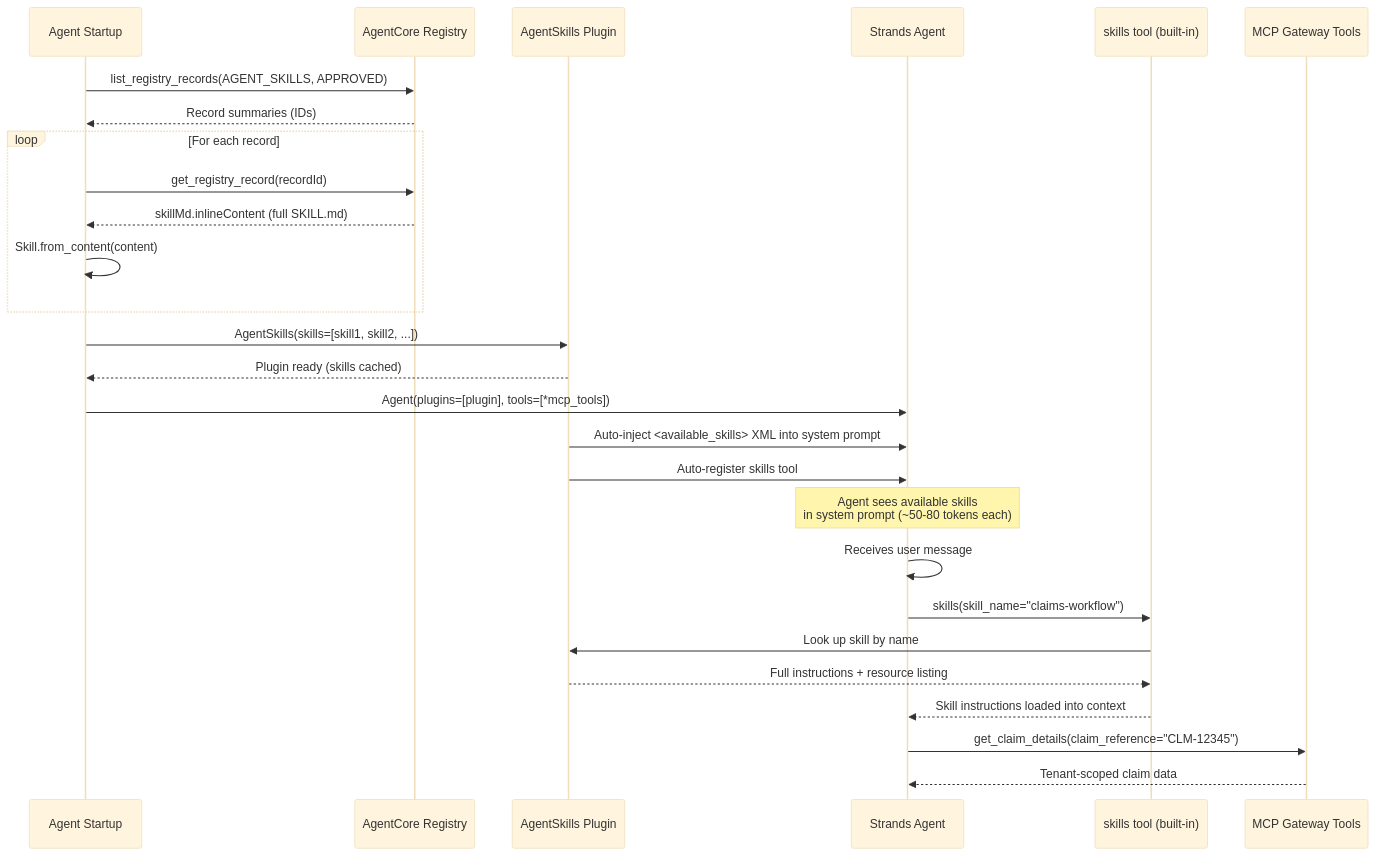
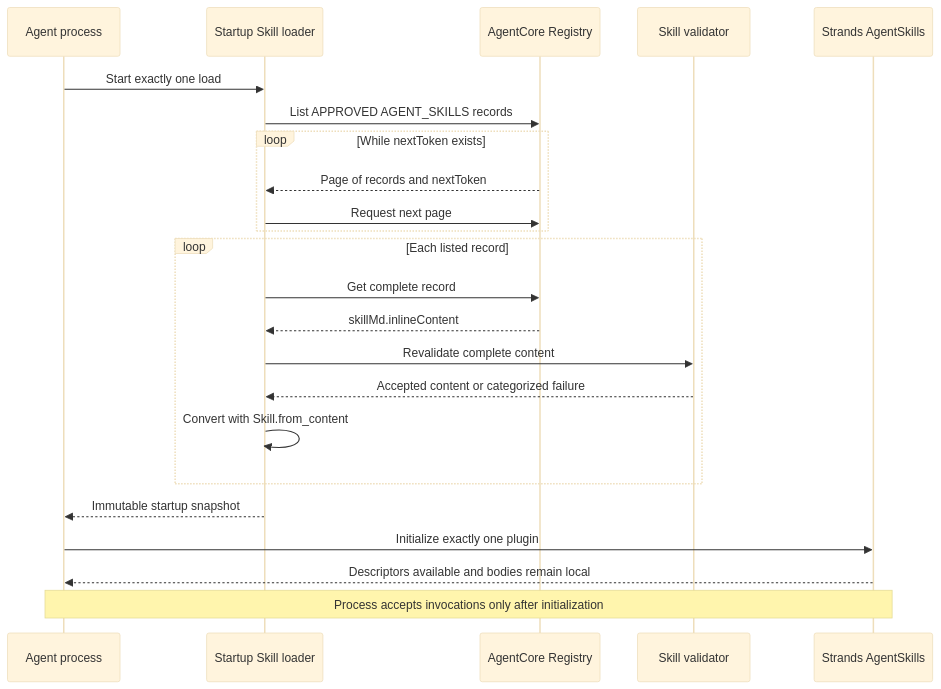
The second of 3 diagrams in .kiro/specs/dynamic-skills-system/design.md (rajanbhave/sage-ai-assistant), drawn with Mermaid (base theme) before and after one commit. The commit also changed other lines of this file and 64 other files, not shown here.

````diff
--- a/.kiro/specs/dynamic-skills-system/design.md
+++ b/.kiro/specs/dynamic-skills-system/design.md
@@ -33,36 +65,26 @@
 ```mermaid
-%%{init: {"sequence": {"useMaxWidth": false}}}%%
 sequenceDiagram
-    participant Startup as Agent Startup
+    participant Process as Agent process
+    participant Loader as Startup Skill loader
     participant Registry as AgentCore Registry
-    participant Plugin as AgentSkills Plugin
-    participant Agent as Strands Agent
-    participant SkillsTool as skills tool (built-in)
-    participant MCP as MCP Gateway Tools
+    participant Validator as Skill validator
+    participant Strands as Strands AgentSkills
 
-    Startup->>Registry: list_registry_records(AGENT_SKILLS, APPROVED)
-    Registry-->>Startup: Record summaries (IDs)
-    loop For each record
-        Startup->>Registry: get_registry_record(recordId)
-        Registry-->>Startup: skillMd.inlineContent (full SKILL.md)
-        Startup->>Startup: Skill.from_content(content)
+    Process->>Loader: Start exactly one load
+    Loader->>Registry: List APPROVED AGENT_SKILLS records
+    loop While nextToken exists
+        Registry-->>Loader: Page of records and nextToken
+        Loader->>Registry: Request next page
     end
-
-    Startup->>Plugin: AgentSkills(skills=[skill1, skill2, ...])
-    Plugin-->>Startup: Plugin ready (skills cached)
-
-    Startup->>Agent: Agent(plugins=[plugin], tools=[*mcp_tools])
-    Plugin->>Agent: Auto-inject <available_skills> XML into system prompt
-    Plugin->>Agent: Auto-register skills tool
-
-    Note over Agent: Agent sees available skills<br/>in system prompt (~50-80 tokens each)
-
-    Agent->>Agent: Receives user message
-    Agent->>SkillsTool: skills(skill_name="claims-workflow")
-    SkillsTool->>Plugin: Look up skill by name
-    Plugin-->>SkillsTool: Full instructions + resource listing
-    SkillsTool-->>Agent: Skill instructions loaded into context
-
-    Agent->>MCP: get_claim_details(claim_reference="CLM-12345")
-    MCP-->>Agent: Tenant-scoped claim data
+    loop Each listed record
+        Loader->>Registry: Get complete record
+        Registry-->>Loader: skillMd.inlineContent
+        Loader->>Validator: Revalidate complete content
+        Validator-->>Loader: Accepted content or categorized failure
+        Loader->>Loader: Convert with Skill.from_content
+    end
+    Loader-->>Process: Immutable startup snapshot
+    Process->>Strands: Initialize exactly one plugin
+    Strands-->>Process: Descriptors available and bodies remain local
+    Note over Process,Strands: Process accepts invocations only after initialization
 ```
````
